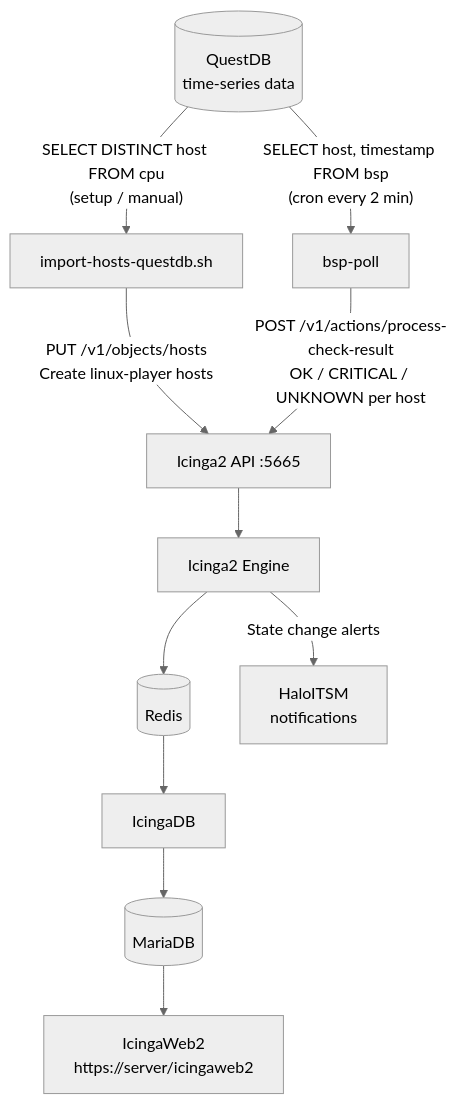
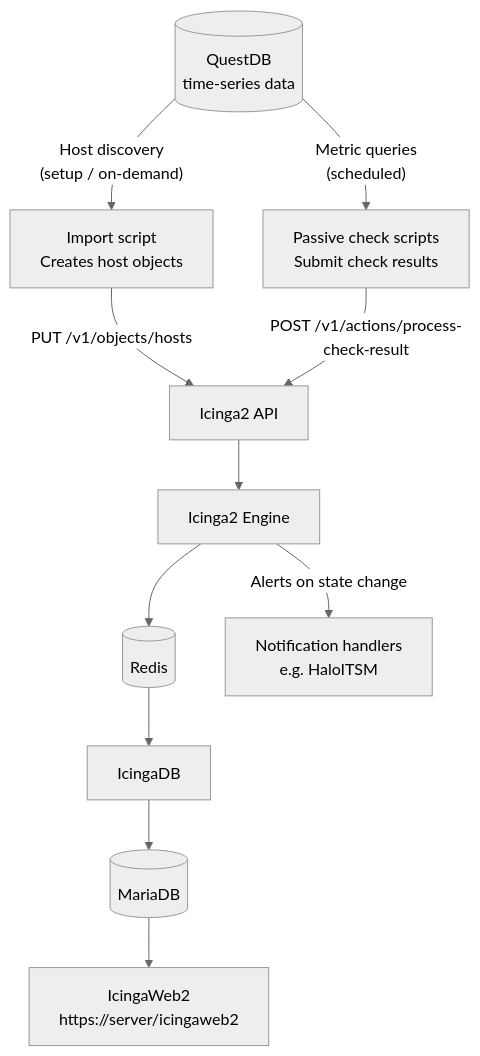
Before and after one commit to secco1eli/icinga-monolith: the diagram in README.md, drawn with Mermaid (neutral theme).

Commit message:
Make architecture diagram generic (not BSP-poll specific)

````diff
--- a/README.md
+++ b/README.md
@@ -11,21 +11,20 @@
 ```mermaid
 flowchart TD
     QDB[(QuestDB\ntime-series data)]
 
-    QDB -->|"SELECT DISTINCT host FROM cpu\n(setup / manual)"| IMP[import-hosts-questdb.sh]
-    QDB -->|"SELECT host, timestamp FROM bsp\n(cron every 2 min)"| BSP[bsp-poll]
+    QDB -->|"Host discovery\n(setup / on-demand)"| IMP[Import script\nCreates host objects]
+    QDB -->|"Metric queries\n(scheduled)"| CHK[Passive check scripts\nSubmit check results]
 
-    IMP -->|"PUT /v1/objects/hosts\nCreate linux-player hosts"| API
+    IMP -->|"PUT /v1/objects/hosts"| API
+    CHK -->|"POST /v1/actions/process-check-result"| API
 
-    BSP -->|"POST /v1/actions/process-check-result\nOK / CRITICAL / UNKNOWN per host"| API
-
-    API[Icinga2 API :5665]
+    API[Icinga2 API]
     API --> IC[Icinga2 Engine]
 
     IC --> RD[(Redis)]
     RD --> IDB[IcingaDB]
     IDB --> DB[(MariaDB)]
     DB --> WEB[IcingaWeb2\nhttps://server/icingaweb2]
 
-    IC -->|"State change alerts"| HAL[HaloITSM\nnotifications]
+    IC -->|"Alerts on state change"| HAL[Notification handlers\ne.g. HaloITSM]
 ```
````
